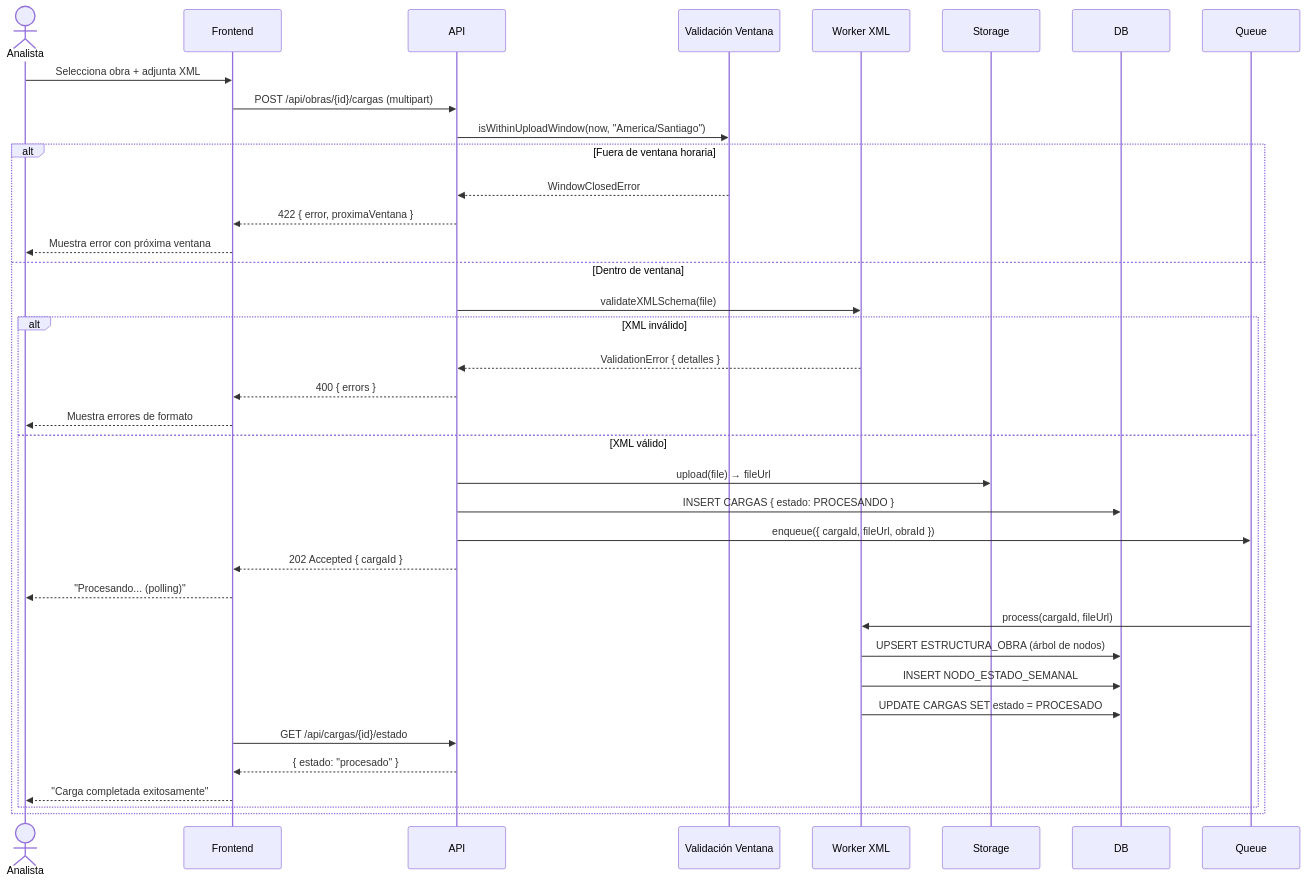
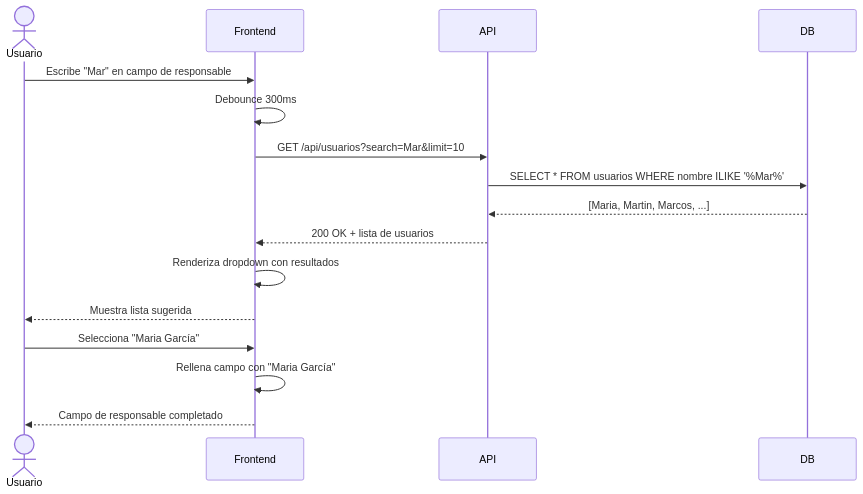
One commit to syntaxiscorp/syntaxis-ai-specs changed the diagram in ai-specs/backlog/us-008.md. Above: the diagram before and after it, drawn with Mermaid. The commit also changed other lines of this file and 53 other files, not shown here.

````diff
--- a/ai-specs/backlog/us-008.md
+++ b/ai-specs/backlog/us-008.md
@@ -52,40 +37,18 @@
 ```mermaid
 sequenceDiagram
-    actor Analista
+    actor Usuario
     participant Frontend
     participant API
-    participant TimeSvc as Validación Ventana
-    participant XMLParser as Worker XML
-    participant Storage
     participant DB
-    participant Queue
-
-    Analista->>Frontend: Selecciona obra + adjunta XML
-    Frontend->>API: POST /api/obras/{id}/cargas (multipart)
-    API->>TimeSvc: isWithinUploadWindow(now, "America/Santiago")
-    alt Fuera de ventana horaria
-        TimeSvc-->>API: WindowClosedError
-        API-->>Frontend: 422 { error, proximaVentana }
-        Frontend-->>Analista: Muestra error con próxima ventana
-    else Dentro de ventana
-        API->>XMLParser: validateXMLSchema(file)
-        alt XML inválido
-            XMLParser-->>API: ValidationError { detalles }
-            API-->>Frontend: 400 { errors }
-            Frontend-->>Analista: Muestra errores de formato
-        else XML válido
-            API->>Storage: upload(file) → fileUrl
-            API->>DB: INSERT CARGAS { estado: PROCESANDO }
-            API->>Queue: enqueue({ cargaId, fileUrl, obraId })
-            API-->>Frontend: 202 Accepted { cargaId }
-            Frontend-->>Analista: "Procesando... (polling)"
-            Queue->>XMLParser: process(cargaId, fileUrl)
-            XMLParser->>DB: UPSERT ESTRUCTURA_OBRA (árbol de nodos)
-            XMLParser->>DB: INSERT NODO_ESTADO_SEMANAL
-            XMLParser->>DB: UPDATE CARGAS SET estado = PROCESADO
-            Frontend->>API: GET /api/cargas/{id}/estado
-            API-->>Frontend: { estado: "procesado" }
-            Frontend-->>Analista: "Carga completada exitosamente"
-        end
-    end
+    Usuario->>Frontend: Escribe "Mar" en campo de responsable
+    Frontend->>Frontend: Debounce 300ms
+    Frontend->>API: GET /api/usuarios?search=Mar&limit=10
+    API->>DB: SELECT * FROM usuarios WHERE nombre ILIKE '%Mar%'
+    DB-->>API: [Maria, Martin, Marcos, ...]
+    API-->>Frontend: 200 OK + lista de usuarios
+    Frontend->>Frontend: Renderiza dropdown con resultados
+    Frontend-->>Usuario: Muestra lista sugerida
+    Usuario->>Frontend: Selecciona "Maria García"
+    Frontend->>Frontend: Rellena campo con "Maria García"
+    Frontend-->>Usuario: Campo de responsable completado
 ```
````
